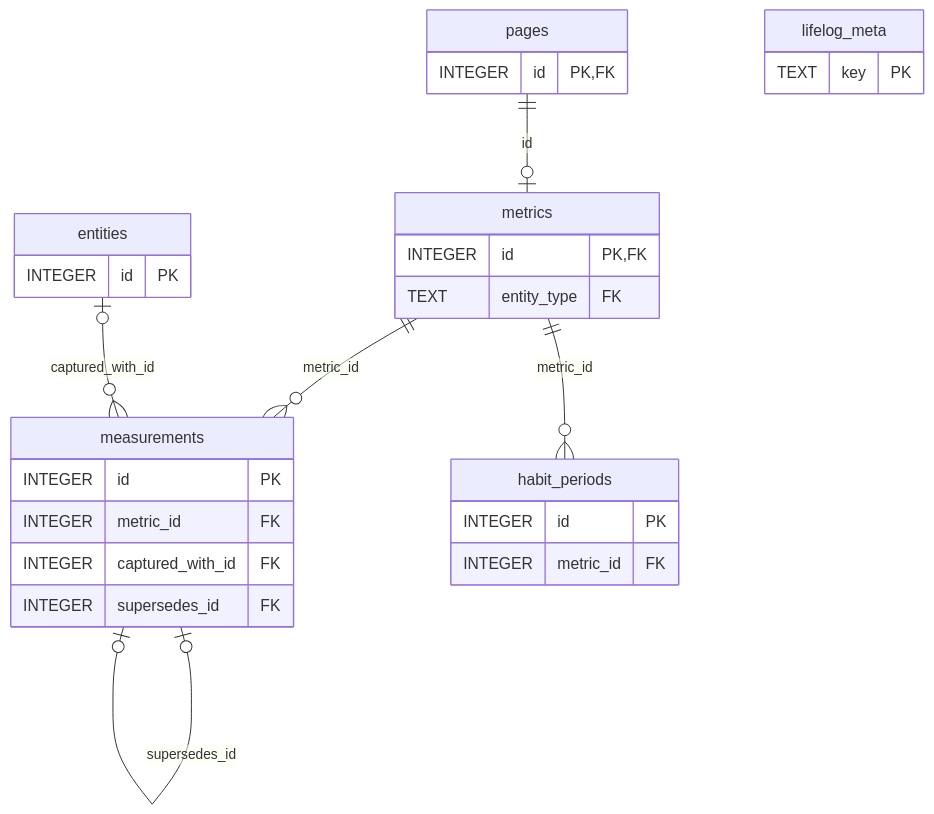
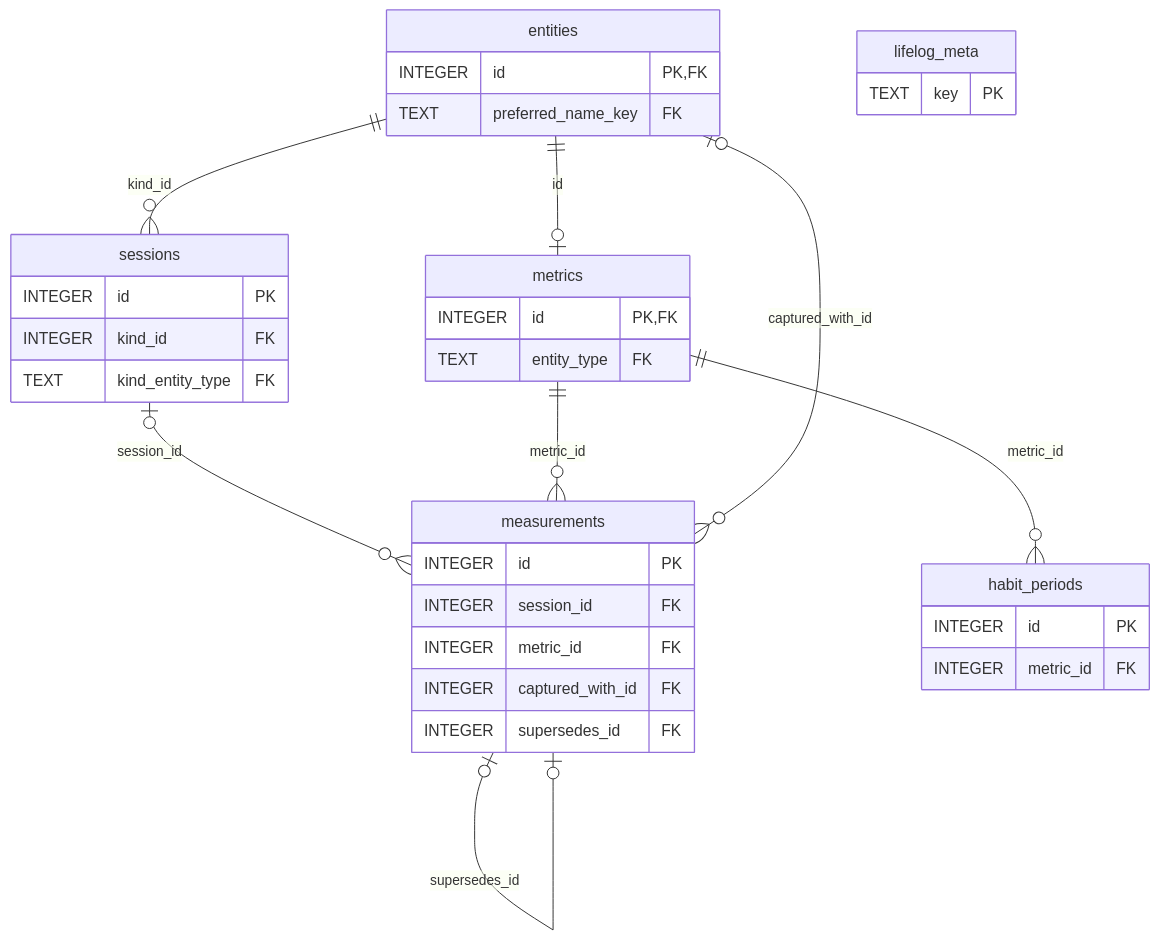
The second of 2 diagrams in docs/architecture/entity-model.md (alexradunet/lifelogdb), drawn with Mermaid before and after one commit. The commit also changed other lines of this file and 233 other files, not shown here.

````diff
--- a/docs/architecture/entity-model.md
+++ b/docs/architecture/entity-model.md
@@ -68,33 +73,39 @@
 ```mermaid
 %% diagram: er-facts
 erDiagram
-    pages       ||--o| metrics : "id"
+    entities    ||--o| metrics : "id"
+    entities ||--o{ sessions : "kind_id"
+    sessions |o--o{ measurements : "session_id"
     metrics     ||--o{ measurements : "metric_id"
     entities    |o--o{ measurements : "captured_with_id"
     measurements |o--o| measurements : "supersedes_id"
     metrics     ||--o{ habit_periods : "metric_id"
 
-    pages {
-        INTEGER id PK, FK
-    }
     metrics {
         INTEGER id PK, FK
         TEXT entity_type FK
     }
+    sessions {
+        INTEGER id PK
+        INTEGER kind_id FK
+        TEXT kind_entity_type FK
+    }
     measurements {
         INTEGER id PK
+        INTEGER session_id FK
         INTEGER metric_id FK
         INTEGER captured_with_id FK
         INTEGER supersedes_id FK
     }
     entities {
-        INTEGER id PK
+        INTEGER id PK, FK
+        TEXT preferred_name_key FK
     }
     habit_periods {
         INTEGER id PK
         INTEGER metric_id FK
     }
     lifelog_meta {
         TEXT key PK
     }
 ```
````
